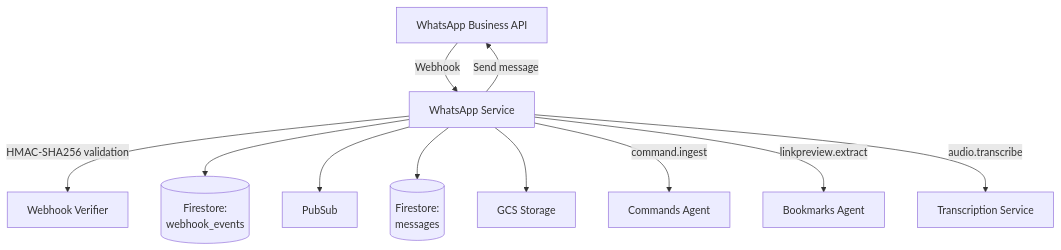
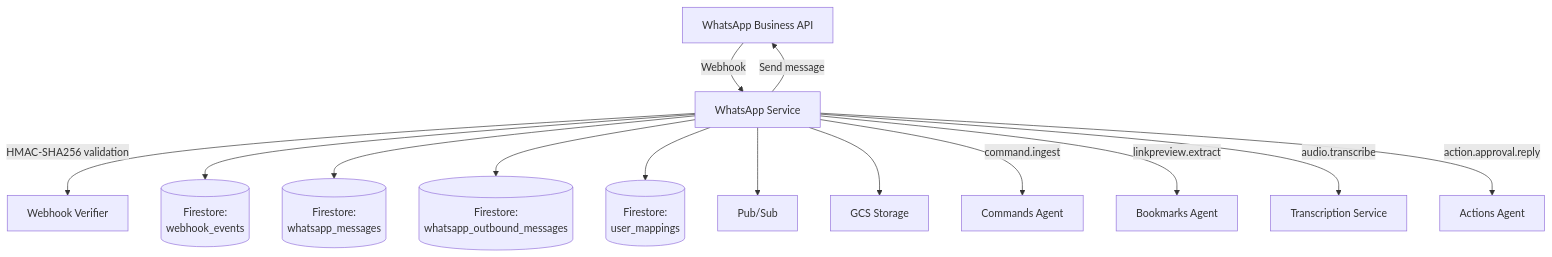
One commit to pbuchman/praxos changed the first of 3 diagrams in docs/services/whatsapp-service/technical.md. Above: the diagram before and after it, drawn with Mermaid. The commit also changed other lines of this file and 55 other files, not shown here.

````diff
--- a/docs/services/whatsapp-service/technical.md
+++ b/docs/services/whatsapp-service/technical.md
@@ -9,17 +9,20 @@
 ```mermaid
 graph TB
     WhatsApp[WhatsApp Business API] -->|Webhook| WS[WhatsApp Service]
 
     WS -->|HMAC-SHA256 validation| WV[Webhook Verifier]
     WS --> EventRepo[(Firestore:<br/>webhook_events)]
-    WS --> PubSub[PubSub]
+    WS --> MsgRepo[(Firestore:<br/>whatsapp_messages)]
+    WS --> OutboundRepo[(Firestore:<br/>whatsapp_outbound_messages)]
+    WS --> MappingRepo[(Firestore:<br/>user_mappings)]
+    WS --> PubSub[Pub/Sub]
 
-    WS --> MessageRepo[(Firestore:<br/>messages)]
     WS --> MediaStorage[GCS Storage]
 
     WS -->|command.ingest| CA[Commands Agent]
     WS -->|linkpreview.extract| BA[Bookmarks Agent]
     WS -->|audio.transcribe| TS[Transcription Service]
+    WS -->|action.approval.reply| AA[Actions Agent]
 
     WS -->|Send message| WhatsApp
 ```
````
